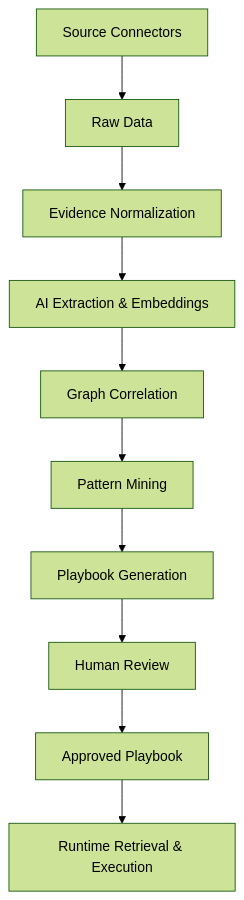
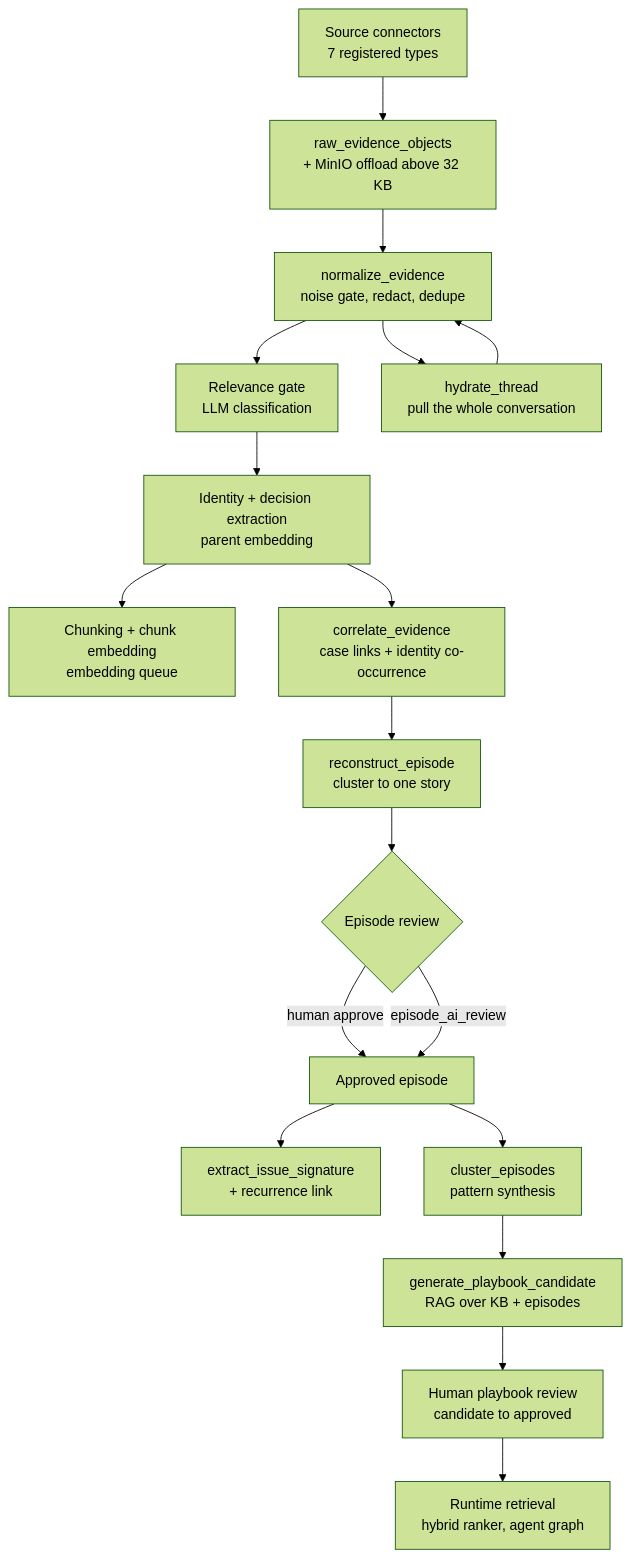
One commit to Valuedx/ContextEdge changed the first of 4 diagrams in docs/03_End_to_End_Project_Flow.md. Above: the diagram before and after it, drawn with Mermaid (forest theme). The commit also changed other lines of this file and 48 other files, not shown here.

````diff
--- a/docs/03_End_to_End_Project_Flow.md
+++ b/docs/03_End_to_End_Project_Flow.md
@@ -34,12 +38,20 @@
 ```mermaid
 flowchart TD
-    A[Source Connectors] --> B[Raw Data]
-    B --> C[Evidence Normalization]
-    C --> D[AI Extraction & Embeddings]
-    D --> E[Graph Correlation]
-    E --> F[Pattern Mining]
-    F --> G[Playbook Generation]
-    G --> H[Human Review]
-    H --> I[Approved Playbook]
-    I --> J[Runtime Retrieval & Execution]
+    A[Source connectors<br/>7 registered types] --> B[raw_evidence_objects<br/>+ MinIO offload above 32 KB]
+    B --> C[normalize_evidence<br/>noise gate, redact, dedupe]
+    C --> D[Relevance gate<br/>LLM classification]
+    D --> E[Identity + decision extraction<br/>parent embedding]
+    E --> F[Chunking + chunk embedding<br/>embedding queue]
+    C --> G[hydrate_thread<br/>pull the whole conversation]
+    G --> C
+    E --> H[correlate_evidence<br/>case links + identity co-occurrence]
+    H --> I[reconstruct_episode<br/>cluster to one story]
+    I --> J{Episode review}
+    J -->|human approve| K[Approved episode]
+    J -->|episode_ai_review| K
+    K --> L[extract_issue_signature<br/>+ recurrence link]
+    K --> M[cluster_episodes<br/>pattern synthesis]
+    M --> N[generate_playbook_candidate<br/>RAG over KB + episodes]
+    N --> O[Human playbook review<br/>candidate to approved]
+    O --> P[Runtime retrieval<br/>hybrid ranker, agent graph]
 ```
````
